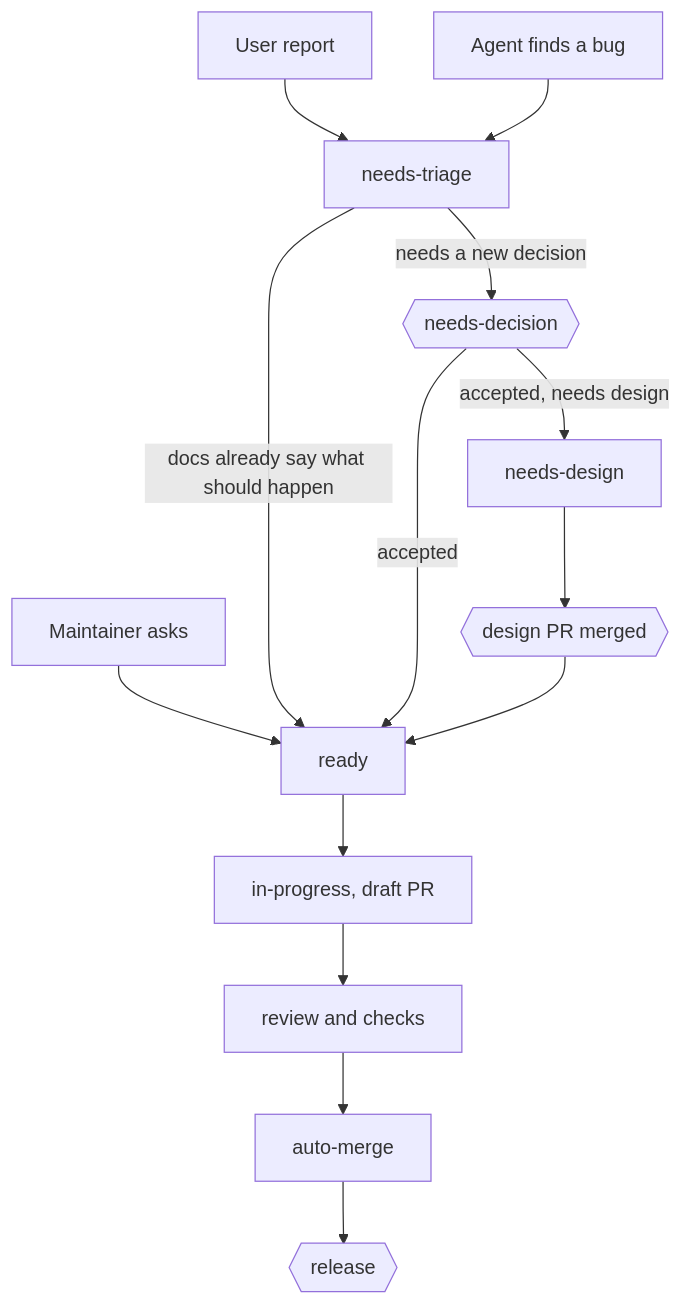
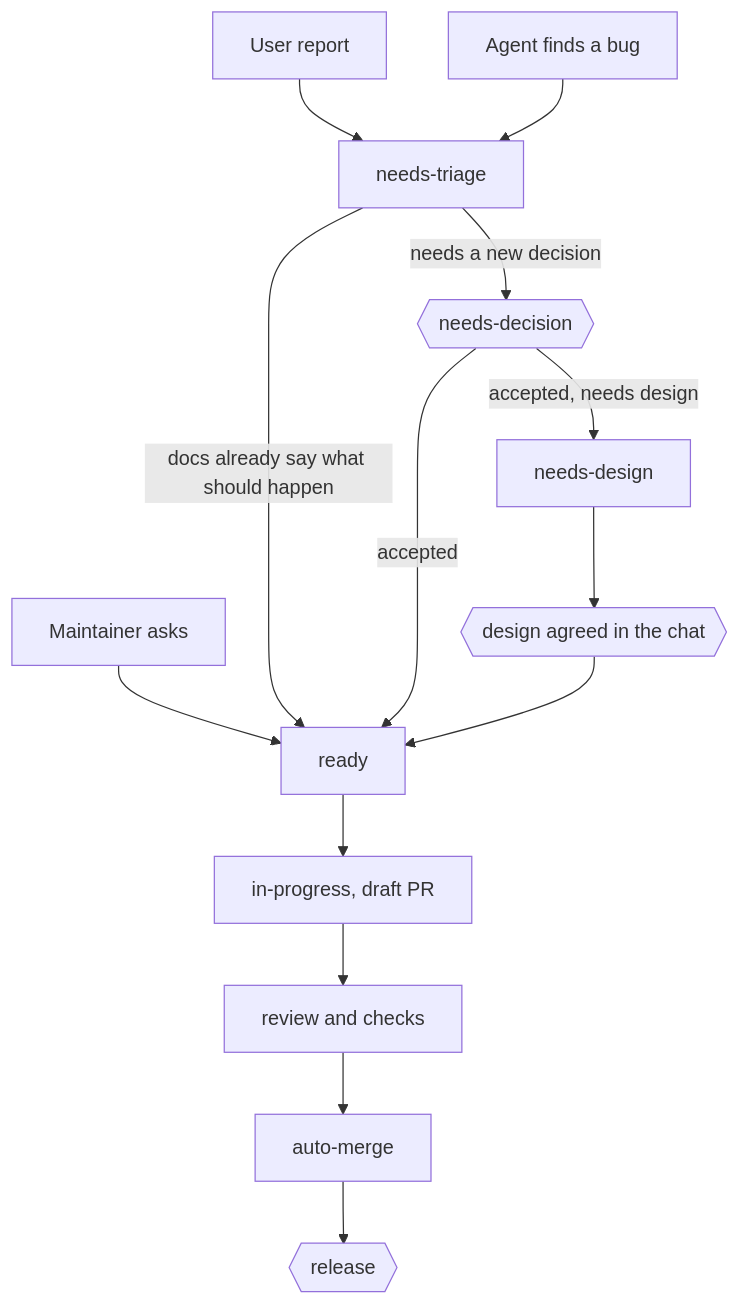
The diagram in docs/workflow.md (KettuAI/Kettu), drawn with Mermaid before and after one commit. The commit also changed other lines of this file and 37 other files, not shown here.

````diff
--- a/docs/workflow.md
+++ b/docs/workflow.md
@@ -23,16 +23,16 @@
 ```mermaid
 flowchart TD
   M[Maintainer asks] --> R
   U[User report] --> T[needs-triage]
   A[Agent finds a bug] --> T
   T -->|docs already say what should happen| R[ready]
   T -->|needs a new decision| D{{needs-decision}}
   D -->|accepted| R
   D -->|accepted, needs design| N[needs-design]
-  N --> DP{{design PR merged}}
+  N --> DP{{design agreed in the chat}}
   DP --> R
   R --> P[in-progress, draft PR]
   P --> V[review and checks]
   V --> G[auto-merge]
   G --> L{{release}}
 ```
````
